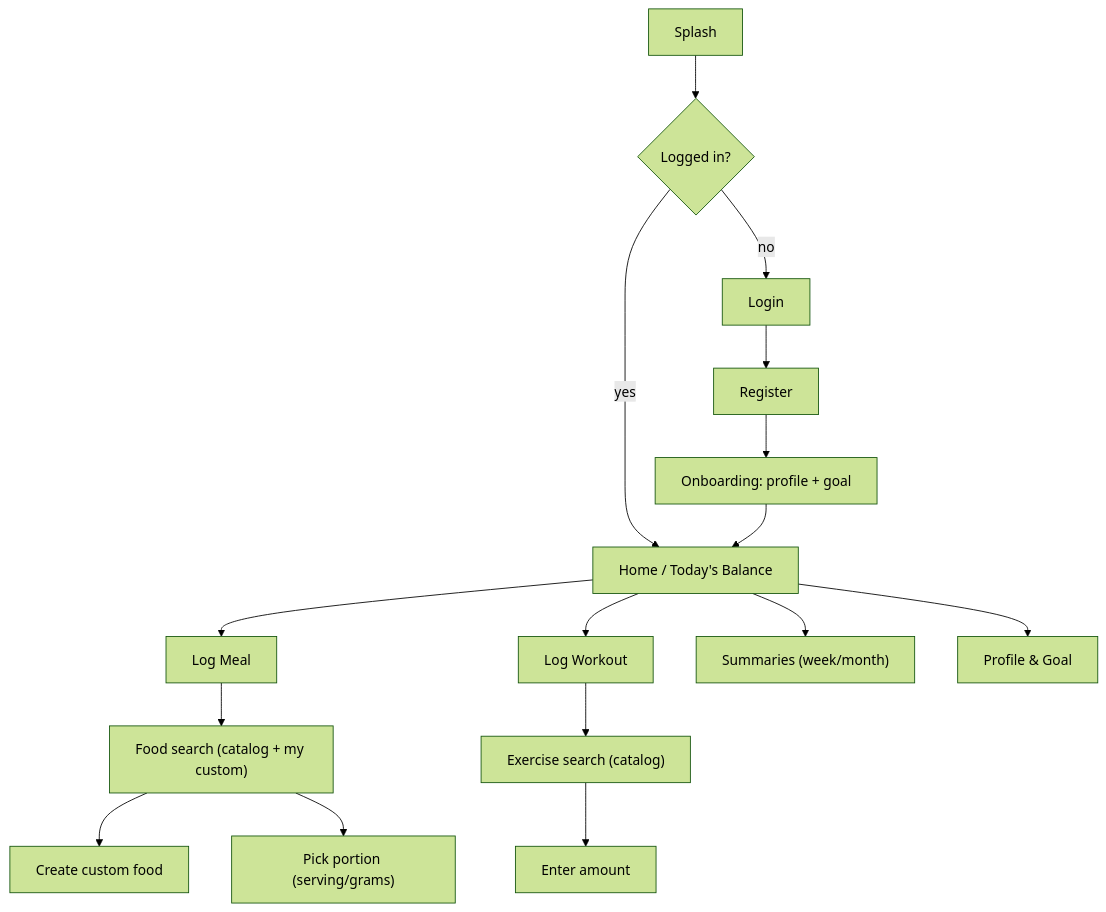
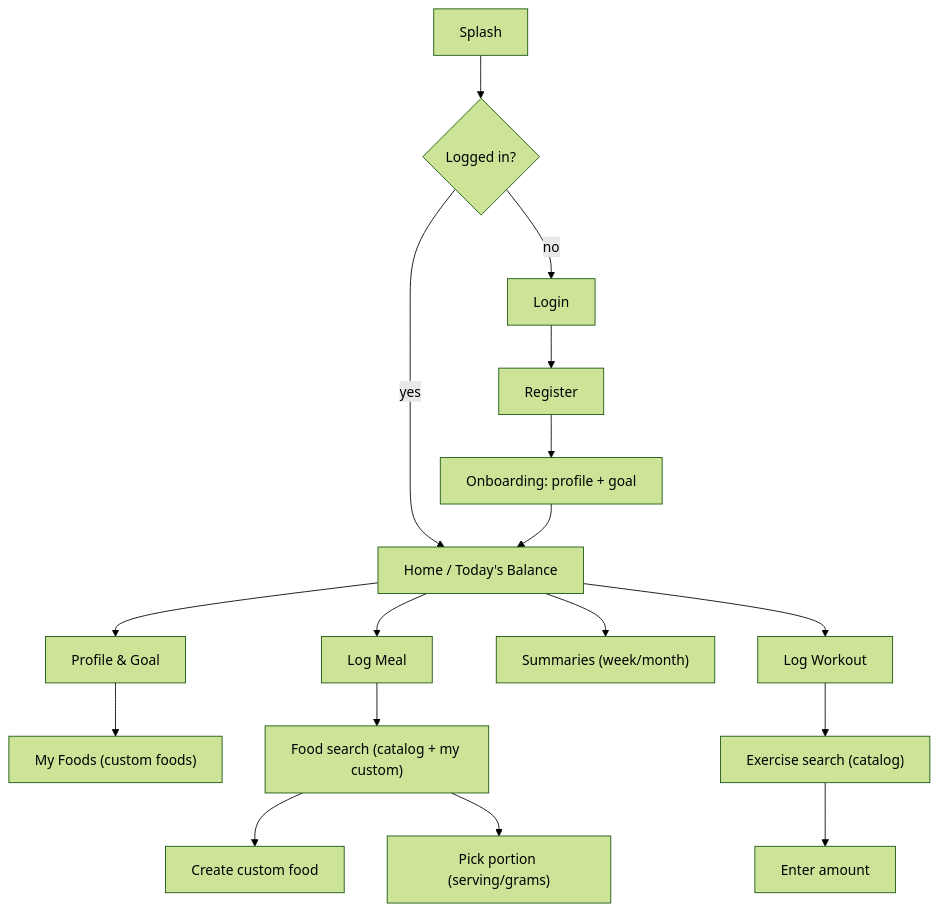
The first of 9 diagrams in docs/03-ux/user-flows.md (Monarqhs/cal-lowrisk), drawn with Mermaid (forest theme) before and after one commit. The commit also changed other lines of this file, not shown here.

First line of the commit message:
docs(ux): resolve open items + add visual direction & My Foods screen

````diff
--- a/docs/03-ux/user-flows.md
+++ b/docs/03-ux/user-flows.md
@@ -37,20 +37,21 @@
 ```mermaid
 flowchart TD
     Splash --> AuthCheck{Logged in?}
     AuthCheck -->|no| Login
     AuthCheck -->|yes| Home
     Login --> Register
     Register --> Onboarding["Onboarding: profile + goal"]
     Onboarding --> Home
 
     Home["Home / Today's Balance"] --> LogMeal["Log Meal"]
     Home --> LogWorkout["Log Workout"]
     Home --> Summary["Summaries (week/month)"]
     Home --> Profile["Profile & Goal"]
+    Profile --> MyFoods["My Foods (custom foods)"]
 
     LogMeal --> FoodSearch["Food search (catalog + my custom)"]
     FoodSearch --> CustomFood["Create custom food"]
     FoodSearch --> PortionPick["Pick portion (serving/grams)"]
     LogWorkout --> ExerciseSearch["Exercise search (catalog)"]
     ExerciseSearch --> AmountEntry["Enter amount"]
 ```
````
